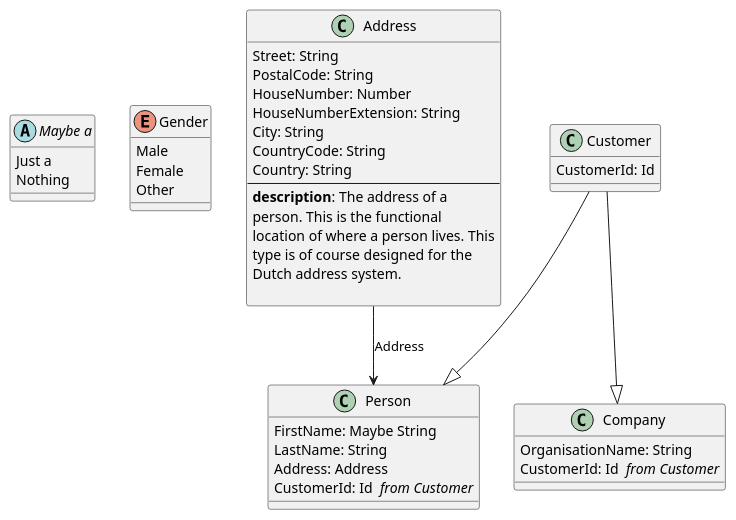
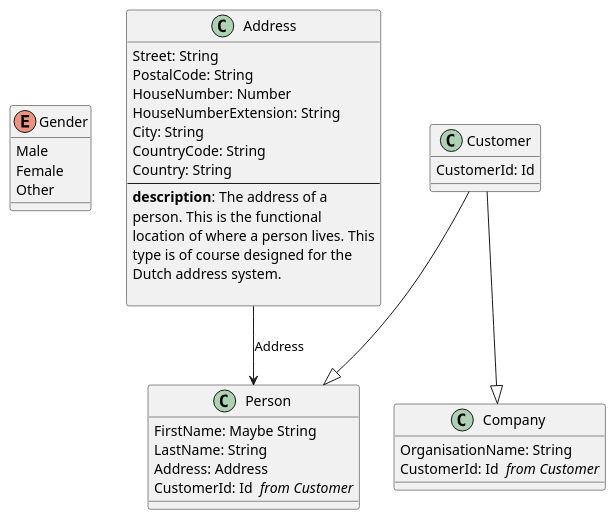
Before and after one commit to Baudin999/car-lang: the diagram in Examples/.out/Customer/Customer.puml, drawn with PlantUML. The commit also changed 18 other files, not shown here.

```diff
--- a/Examples/.out/Customer/Customer.puml
+++ b/Examples/.out/Customer/Customer.puml
@@ -1,41 +1,37 @@
-abstract "Maybe a" as Maybe {
-	Just a
-	Nothing 
-}
 enum Gender {
 	Male
 	Female
 	Other
 }
 class "Address" as Address  {
 	Street: String 
 	PostalCode: String 
 	HouseNumber: Number 
 	HouseNumberExtension: String 
 	City: String 
 	CountryCode: String 
 	Country: String 
 --
   <b>description</b>: The address of a
  person. This is the functional
  location of where a person lives. This
  type is of course designed for the
  Dutch address system.
     
 }
 class "Person " as Person  {
 	FirstName: Maybe String
 	LastName: String 
 	Address: Address 
 	CustomerId: Id  <i>from Customer</i>
 }
 Address --> Person : Address
 Customer --|> Person
 class "Company " as Company  {
 	OrganisationName: String 
 	CustomerId: Id  <i>from Customer</i>
 }
 Customer --|> Company
 class "Customer" as Customer  {
 	CustomerId: Id 
 }
```
